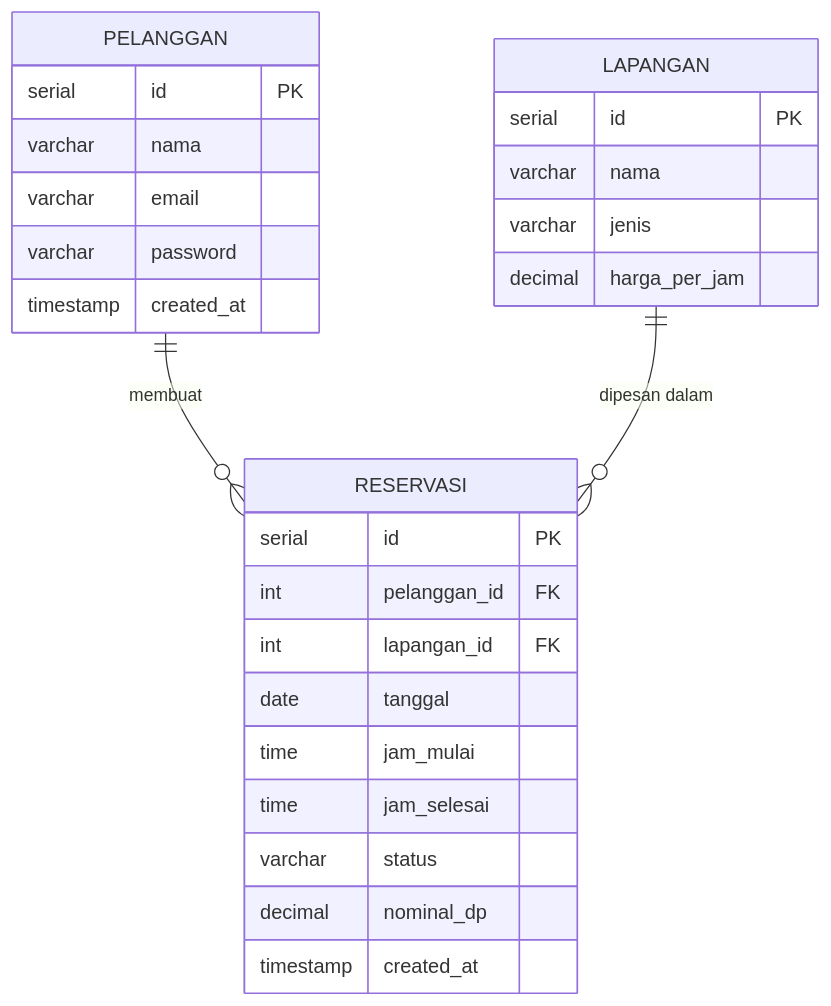
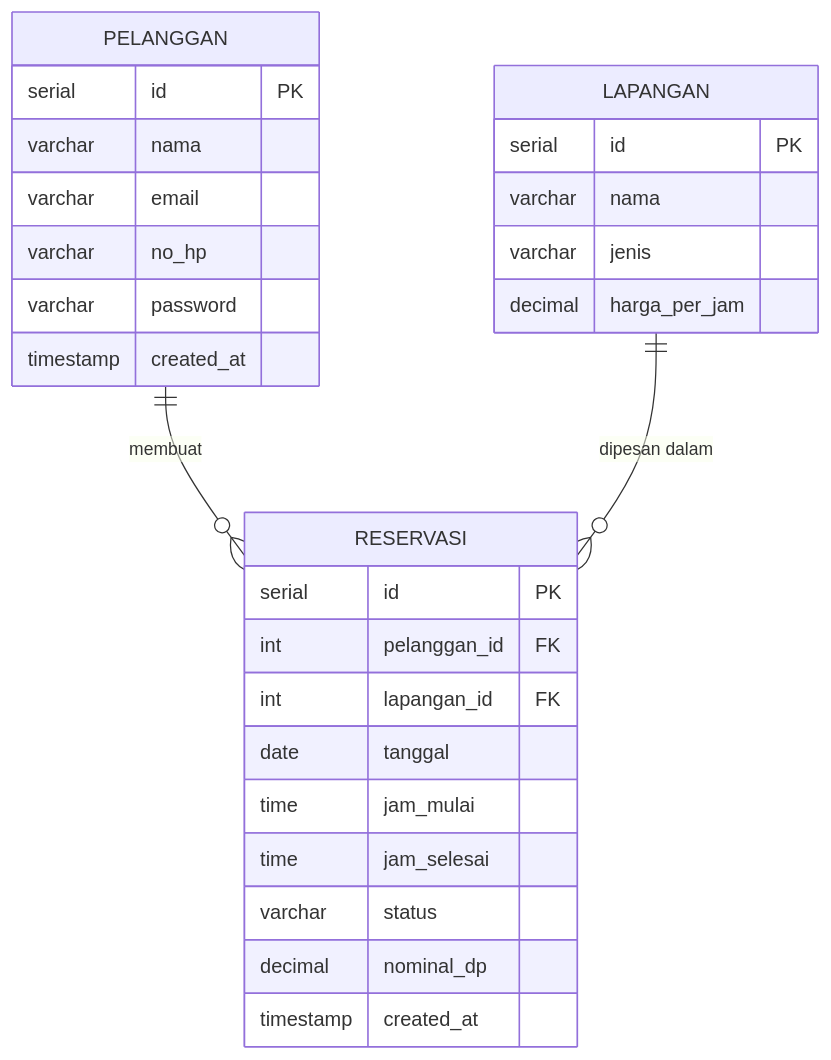
Before and after one commit to sryxx16/FUTSAL-BNSP: the diagram in dokumen_bnsp/02_ERD_dan_SQL_Script.md, drawn with Mermaid. The commit also changed other lines of this file and 4 other files, not shown here.

````diff
--- a/dokumen_bnsp/02_ERD_dan_SQL_Script.md
+++ b/dokumen_bnsp/02_ERD_dan_SQL_Script.md
@@ -16,32 +16,33 @@
 ```mermaid
 erDiagram
     PELANGGAN ||--o{ RESERVASI : "membuat"
     LAPANGAN ||--o{ RESERVASI : "dipesan dalam"
 
     PELANGGAN {
         serial id PK
         varchar nama
         varchar email
+        varchar no_hp
         varchar password
         timestamp created_at
     }
 
     LAPANGAN {
         serial id PK
         varchar nama
         varchar jenis
         decimal harga_per_jam
     }
 
     RESERVASI {
         serial id PK
         int pelanggan_id FK
         int lapangan_id FK
         date tanggal
         time jam_mulai
         time jam_selesai
         varchar status
         decimal nominal_dp
         timestamp created_at
     }
 ```
````
